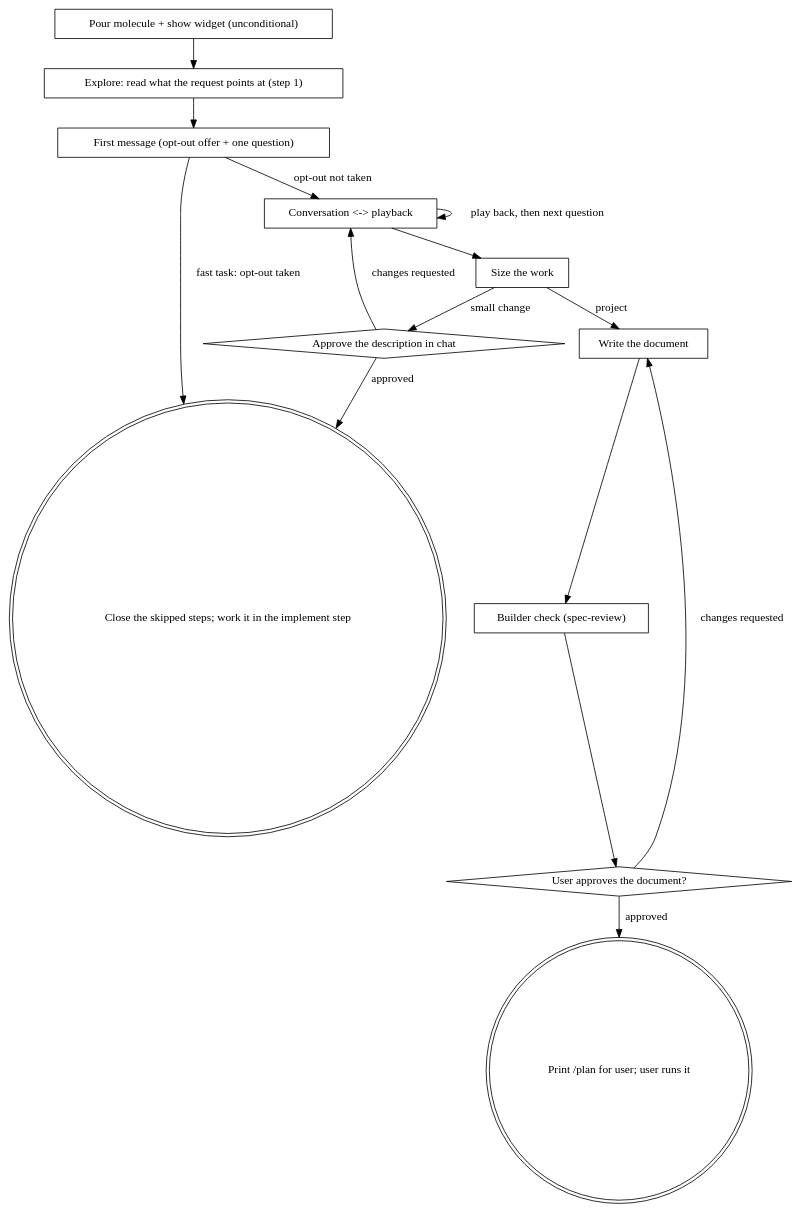
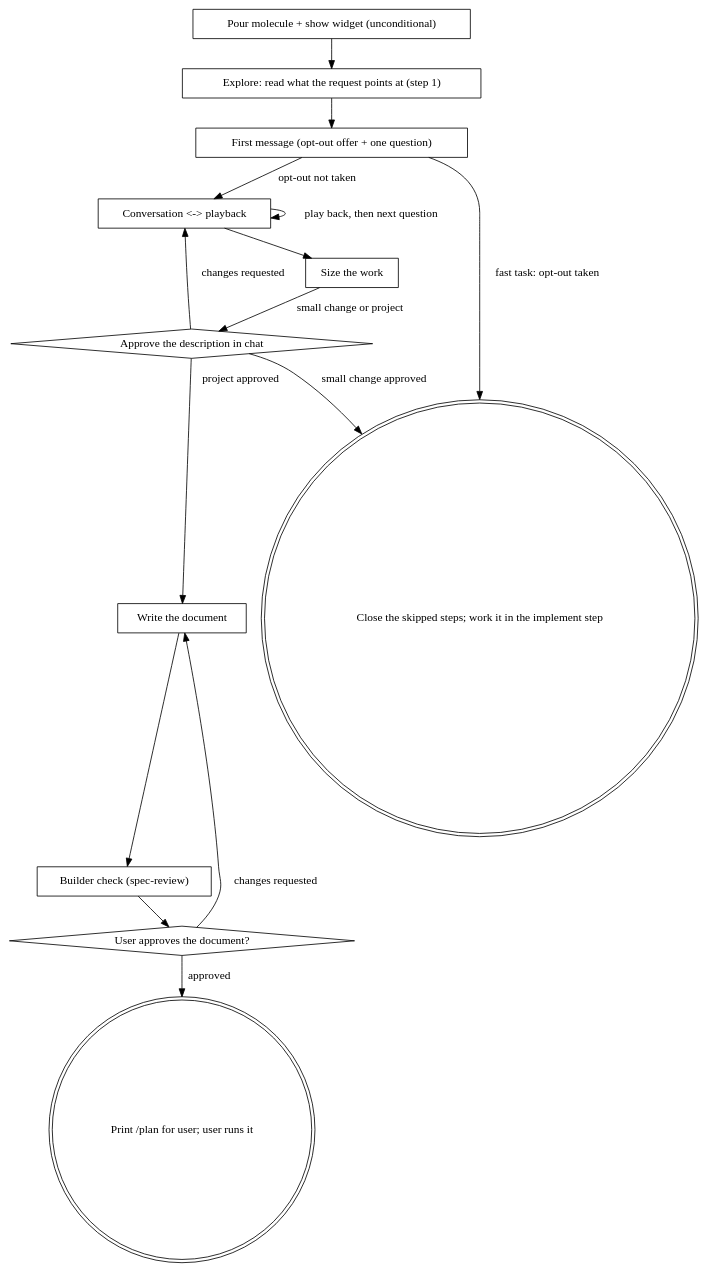
Before and after one commit to johnstegeman/pi-packages: the diagram in packages/pi-superpowers-plus/skills/brainstorming/reference/process-flow.md, drawn with Graphviz. The commit also changed 5 other files, not shown here.

````diff
--- a/packages/pi-superpowers-plus/skills/brainstorming/reference/process-flow.md
+++ b/packages/pi-superpowers-plus/skills/brainstorming/reference/process-flow.md
@@ -3,30 +3,30 @@
 ```dot
 digraph brainstorming {
     "Pour molecule + show widget (unconditional)" [shape=box];
     "Explore: read what the request points at (step 1)" [shape=box];
     "First message (opt-out offer + one question)" [shape=box];
     "Conversation <-> playback" [shape=box];
     "Size the work" [shape=box];
     "Approve the description in chat" [shape=diamond];
     "Close the skipped steps; work it in the implement step" [shape=doublecircle];
     "Write the document" [shape=box];
     "Builder check (spec-review)" [shape=box];
     "User approves the document?" [shape=diamond];
     "Print /plan for user; user runs it" [shape=doublecircle];
 
     "Pour molecule + show widget (unconditional)" -> "Explore: read what the request points at (step 1)";
     "Explore: read what the request points at (step 1)" -> "First message (opt-out offer + one question)";
     "First message (opt-out offer + one question)" -> "Conversation <-> playback" [label="opt-out not taken"];
     "First message (opt-out offer + one question)" -> "Close the skipped steps; work it in the implement step" [label="fast task: opt-out taken"];
     "Conversation <-> playback" -> "Conversation <-> playback" [label="play back, then next question"];
     "Conversation <-> playback" -> "Size the work";
-    "Size the work" -> "Approve the description in chat" [label="small change"];
-    "Size the work" -> "Write the document" [label="project"];
-    "Approve the description in chat" -> "Close the skipped steps; work it in the implement step" [label="approved"];
+    "Size the work" -> "Approve the description in chat" [label="small change or project"];
+    "Approve the description in chat" -> "Close the skipped steps; work it in the implement step" [label="small change approved"];
+    "Approve the description in chat" -> "Write the document" [label="project approved"];
     "Approve the description in chat" -> "Conversation <-> playback" [label="changes requested"];
     "Write the document" -> "Builder check (spec-review)";
     "Builder check (spec-review)" -> "User approves the document?";
     "User approves the document?" -> "Write the document" [label="changes requested"];
     "User approves the document?" -> "Print /plan for user; user runs it" [label="approved"];
 }
 ```
````
